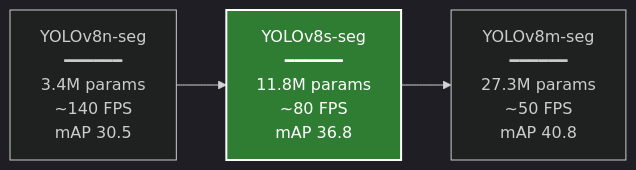
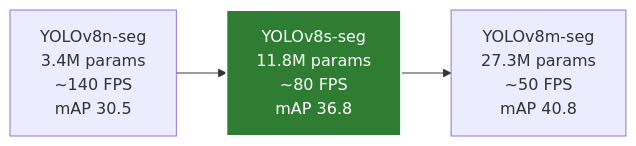
One commit to manhhv87/DTwinGP7 changed the fifth of 14 diagrams in docs/phat_bieu_bai_toan_v3_2_HD.md. Above: the diagram before and after it, drawn with Mermaid. The commit also changed other lines of this file and 54 other files, not shown here.

````diff
--- a/docs/phat_bieu_bai_toan_v3_2_HD.md
+++ b/docs/phat_bieu_bai_toan_v3_2_HD.md
@@ -507,7 +510,6 @@
 ```mermaid
-%%{init: {'theme':'dark'}}%%
 graph LR
-    A[YOLOv8n-seg<br/>━━━━━━<br/>3.4M params<br/>~140 FPS<br/>mAP 30.5] --> B[YOLOv8s-seg<br/>━━━━━━<br/>11.8M params<br/>~80 FPS<br/>mAP 36.8] --> C[YOLOv8m-seg<br/>━━━━━━<br/>27.3M params<br/>~50 FPS<br/>mAP 40.8]
-    
+    A[YOLOv8n-seg<br/>3.4M params<br/>~140 FPS<br/>mAP 30.5] --> B[YOLOv8s-seg<br/>11.8M params<br/>~80 FPS<br/>mAP 36.8] --> C[YOLOv8m-seg<br/>27.3M params<br/>~50 FPS<br/>mAP 40.8]
+
     style B fill:#2E7D32,stroke:#fff,stroke-width:2px,color:#fff
 ```
````
